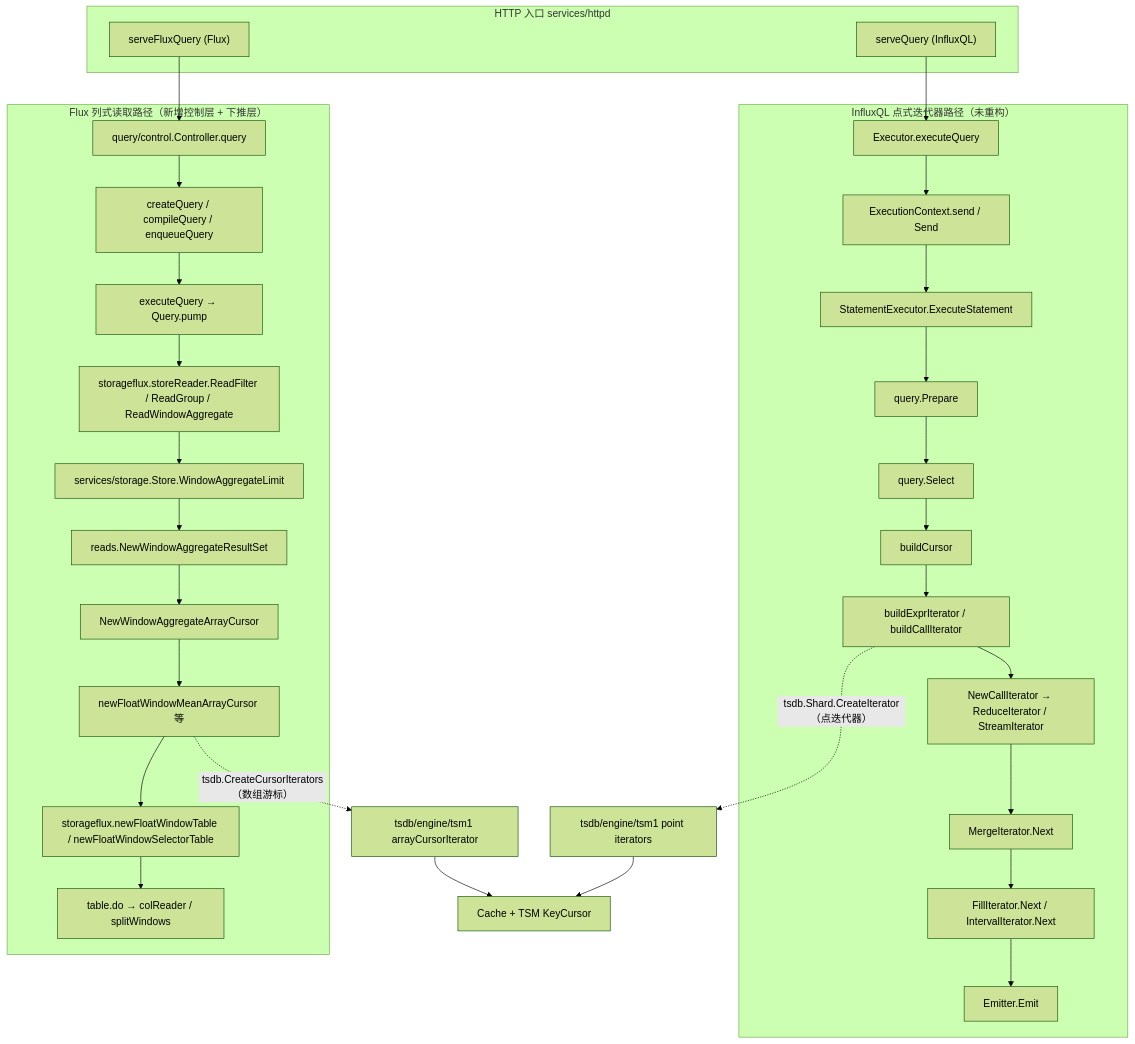
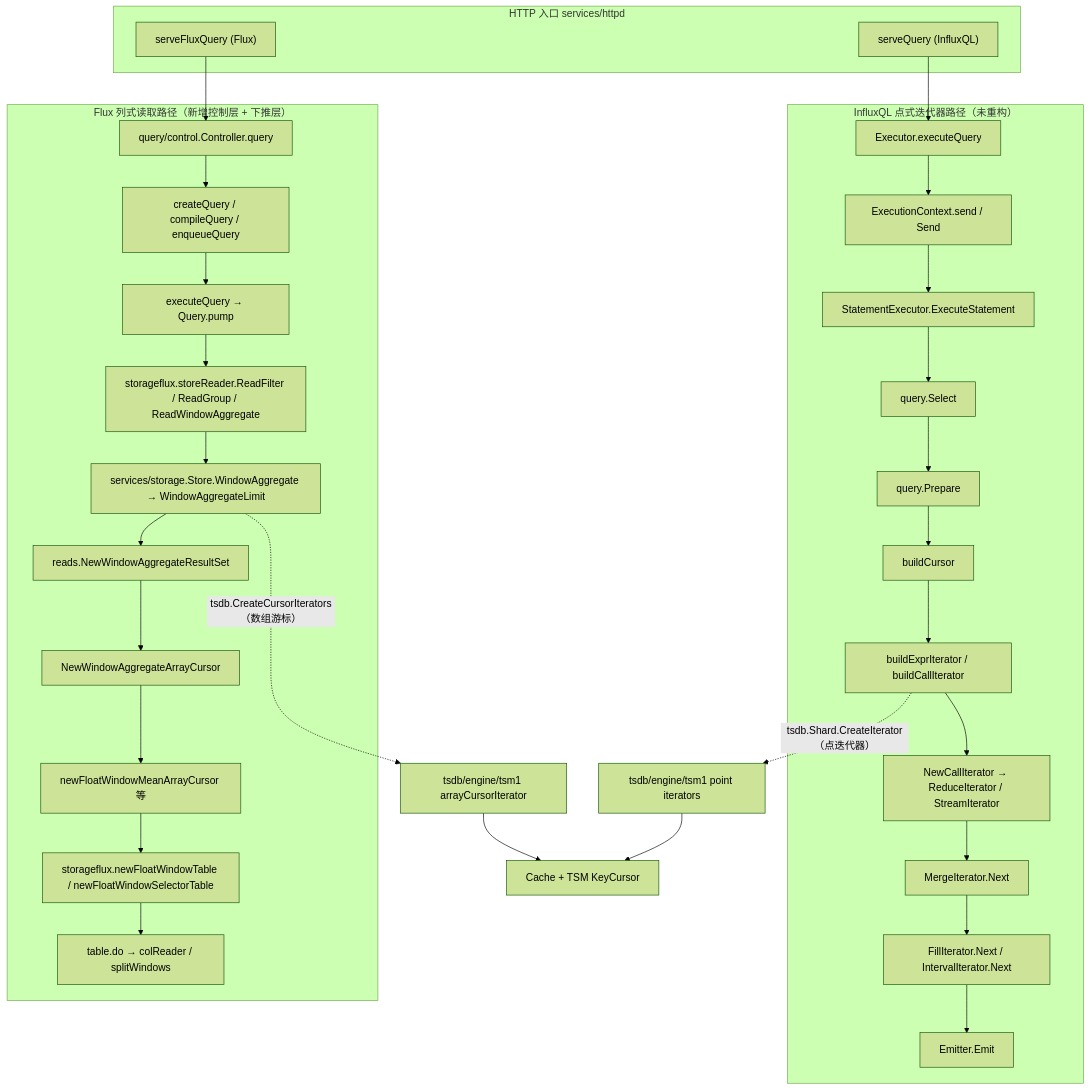
One commit to stefanv5/influxdb changed the first of 3 diagrams in docs/specs/v1.8.10-vs-v1.12.3/03_query_engine_diff.md. Above: the diagram before and after it, drawn with Mermaid (forest theme). The commit also changed other lines of this file and 7 other files, not shown here.

First line of the commit message:
docs: fix code snippets and flows in the version-diff study

````diff
--- a/docs/specs/v1.8.10-vs-v1.12.3/03_query_engine_diff.md
+++ b/docs/specs/v1.8.10-vs-v1.12.3/03_query_engine_diff.md
@@ -81,39 +81,39 @@
 ```mermaid
 flowchart TB
     subgraph HTTP["HTTP 入口 services/httpd"]
         H1["serveQuery (InfluxQL)"]
         H2["serveFluxQuery (Flux)"]
     end
 
     subgraph IQ["InfluxQL 点式迭代器路径（未重构）"]
         I1["Executor.executeQuery"] --> I2["ExecutionContext.send / Send"]
         I2 --> I3["StatementExecutor.ExecuteStatement"]
-        I3 --> I4["query.Prepare"]
-        I4 --> I5["query.Select"]
+        I3 --> I4["query.Select"]
+        I4 --> I5["query.Prepare"]
         I5 --> I6["buildCursor"]
         I6 --> I7["buildExprIterator / buildCallIterator"]
         I7 --> I8["NewCallIterator → ReduceIterator / StreamIterator"]
         I8 --> I9["MergeIterator.Next"]
         I9 --> I10["FillIterator.Next / IntervalIterator.Next"]
         I10 --> I11["Emitter.Emit"]
     end
 
     subgraph FX["Flux 列式读取路径（新增控制层 + 下推层）"]
         F1["query/control.Controller.query"] --> F2["createQuery / compileQuery / enqueueQuery"]
         F2 --> F3["executeQuery → Query.pump"]
         F3 --> F4["storageflux.storeReader.ReadFilter / ReadGroup / ReadWindowAggregate"]
-        F4 --> F5["services/storage.Store.WindowAggregateLimit"]
+        F4 --> F5["services/storage.Store.WindowAggregate → WindowAggregateLimit"]
         F5 --> F6["reads.NewWindowAggregateResultSet"]
         F6 --> F7["NewWindowAggregateArrayCursor"]
         F7 --> F8["newFloatWindowMeanArrayCursor 等"]
         F8 --> F9["storageflux.newFloatWindowTable / newFloatWindowSelectorTable"]
         F9 --> F10["table.do → colReader / splitWindows"]
     end
 
     H1 --> I1
     H2 --> F1
     I7 -. "tsdb.Shard.CreateIterator（点迭代器）" .-> T1["tsdb/engine/tsm1 point iterators"]
-    F8 -. "tsdb.CreateCursorIterators（数组游标）" .-> T2["tsdb/engine/tsm1 arrayCursorIterator"]
+    F5 -. "tsdb.CreateCursorIterators（数组游标）" .-> T2["tsdb/engine/tsm1 arrayCursorIterator"]
     T1 --> T3["Cache + TSM KeyCursor"]
     T2 --> T3
 ```
````
